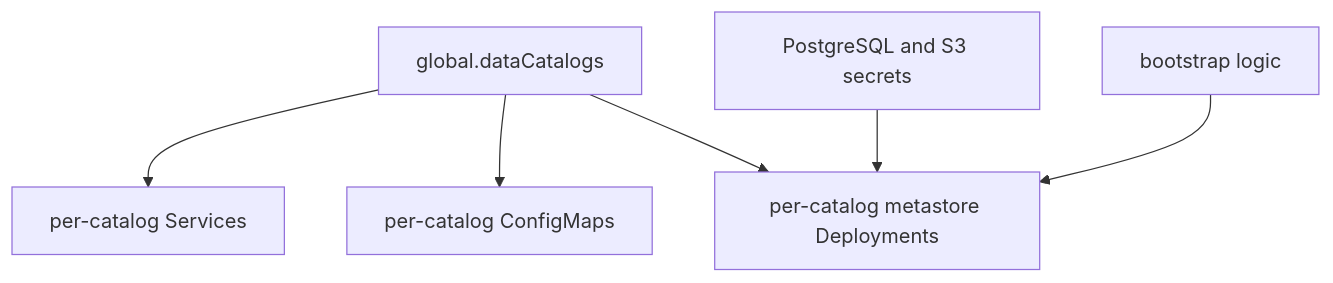
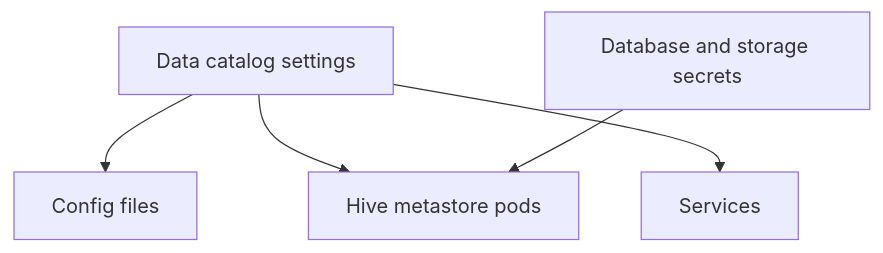
Before and after one commit to sanger-pathogens/dlh-in-a-box-umbrella-helm-chart: the diagram in charts/dlh-in-a-box/charts/hive/README.md, drawn with Mermaid. The commit also changed other lines of this file and 37 other files, not shown here.

````diff
--- a/charts/dlh-in-a-box/charts/hive/README.md
+++ b/charts/dlh-in-a-box/charts/hive/README.md
@@ -11,8 +10,7 @@
 ```mermaid
 flowchart TD
-  Catalogs[global.dataCatalogs] --> ConfigMaps[per-catalog ConfigMaps]
-  Catalogs --> Deployments[per-catalog metastore Deployments]
-  Catalogs --> Services[per-catalog Services]
-  Secrets[PostgreSQL and S3 secrets] --> Deployments
-  Init[bootstrap logic] --> Deployments
+  Catalogs[Data catalog settings] --> Config[Config files]
+  Catalogs --> Deployments[Hive metastore pods]
+  Catalogs --> Services[Services]
+  Secrets[Database and storage secrets] --> Deployments
 ```
````
